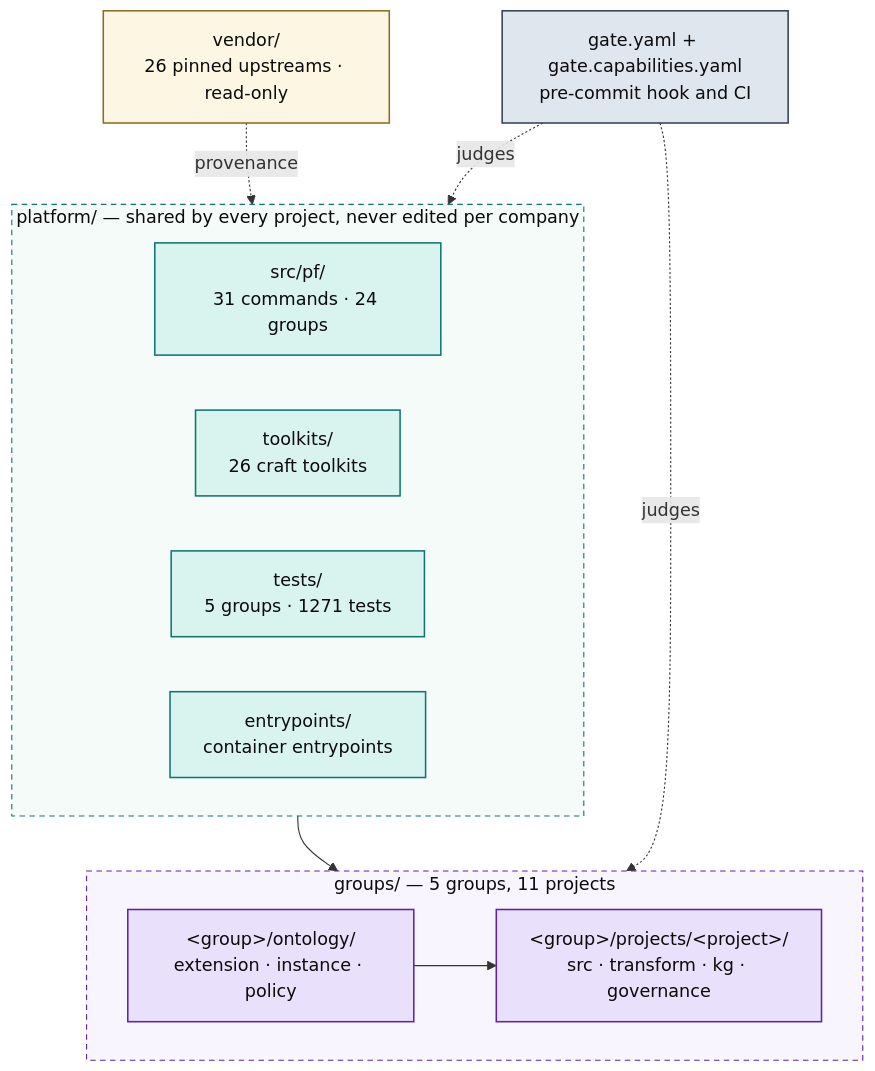
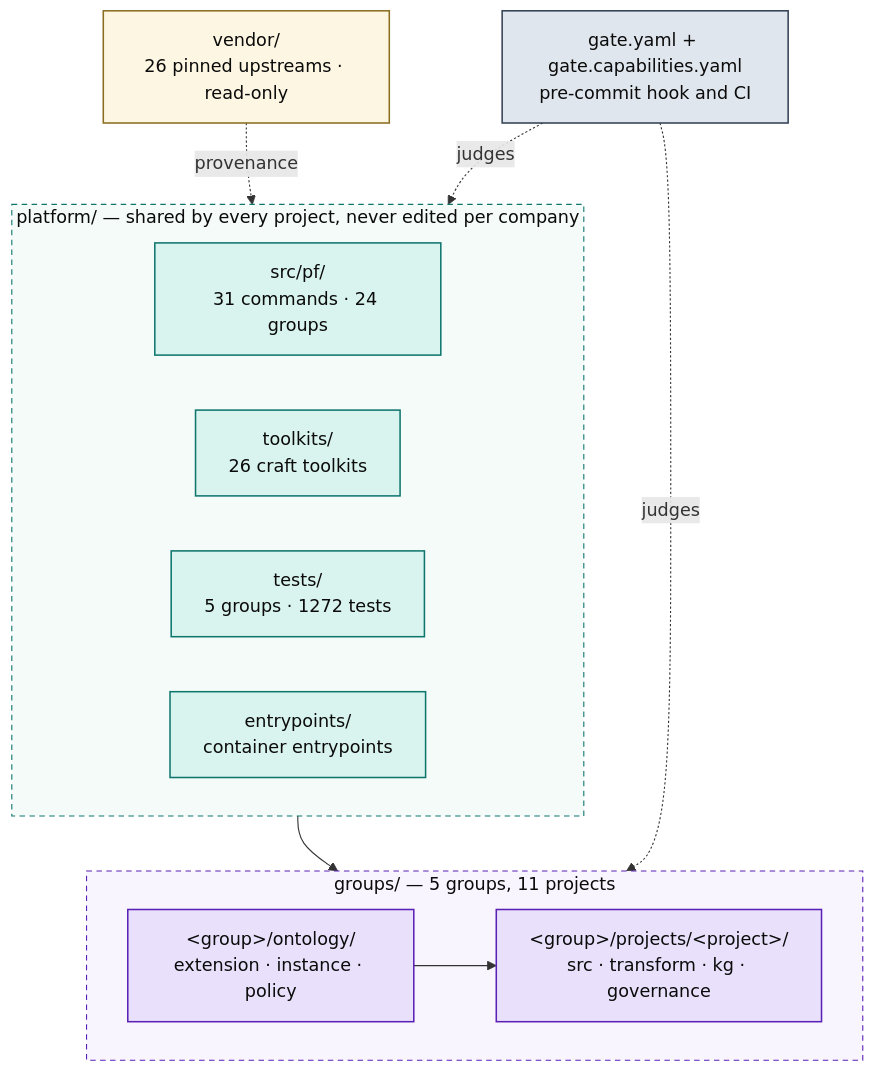
The first of 5 diagrams in docs/ARCHITECTURE.md (Atomz-org/data-platform), drawn with Mermaid before and after one commit. The commit also changed other lines of this file and 5 other files, not shown here.

````diff
--- a/docs/ARCHITECTURE.md
+++ b/docs/ARCHITECTURE.md
@@ -15,36 +15,36 @@
 ```mermaid
 flowchart TB
   subgraph SHARED["platform/ — shared by every project, never edited per company"]
     direction LR
     ENG["src/pf/<br/>31 commands · 24 groups"]
     TK["toolkits/<br/>26 craft toolkits"]
-    TST["tests/<br/>5 groups · 1271 tests"]
+    TST["tests/<br/>5 groups · 1272 tests"]
     ENT["entrypoints/<br/>container entrypoints"]
   end
 
   subgraph ENTITIES["groups/ — 5 groups, 11 projects"]
     direction LR
     GRP["&lt;group&gt;/ontology/<br/>extension · instance · policy"]
     PRJ["&lt;group&gt;/projects/&lt;project&gt;/<br/>src · transform · kg · governance"]
     GRP --> PRJ
   end
 
   VEN["vendor/<br/>26 pinned upstreams · read-only"]
   GATE["gate.yaml + gate.capabilities.yaml<br/>pre-commit hook and CI"]
 
   SHARED --> ENTITIES
   VEN -.provenance.-> SHARED
   GATE -.judges.-> ENTITIES
   GATE -.judges.-> SHARED
 
   classDef code fill:#d9f4ee,stroke:#0f766e,stroke-width:1.4px,color:#0b0b0b
   classDef data fill:#e9e1fb,stroke:#5b21b6,stroke-width:1.4px,color:#0b0b0b
   classDef gov fill:#e0e6ed,stroke:#334155,stroke-width:1.4px,color:#0b0b0b
   classDef ext fill:#fdf6e3,stroke:#8a6d1f,stroke-width:1.4px,color:#0b0b0b
   class ENG,TK,TST,ENT code
   class GRP,PRJ data
   class GATE gov
   class VEN ext
   style SHARED fill:#f4fbf9,stroke:#0f766e,stroke-dasharray:5 4,color:#0b0b0b
   style ENTITIES fill:#f8f5fe,stroke:#5b21b6,stroke-dasharray:5 4,color:#0b0b0b
 ```
````
